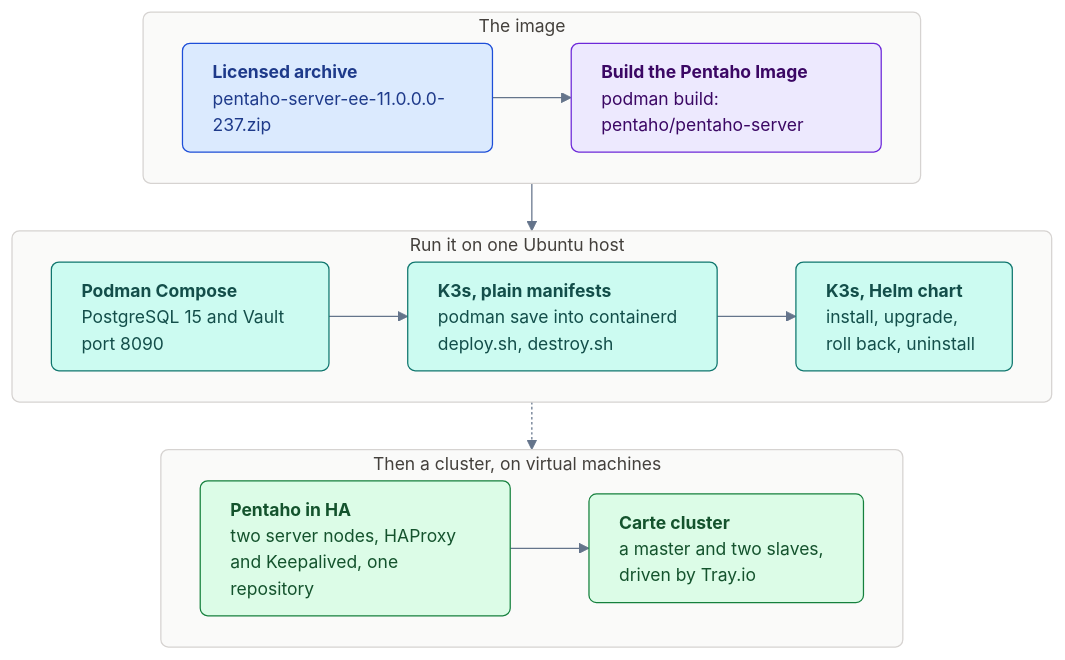
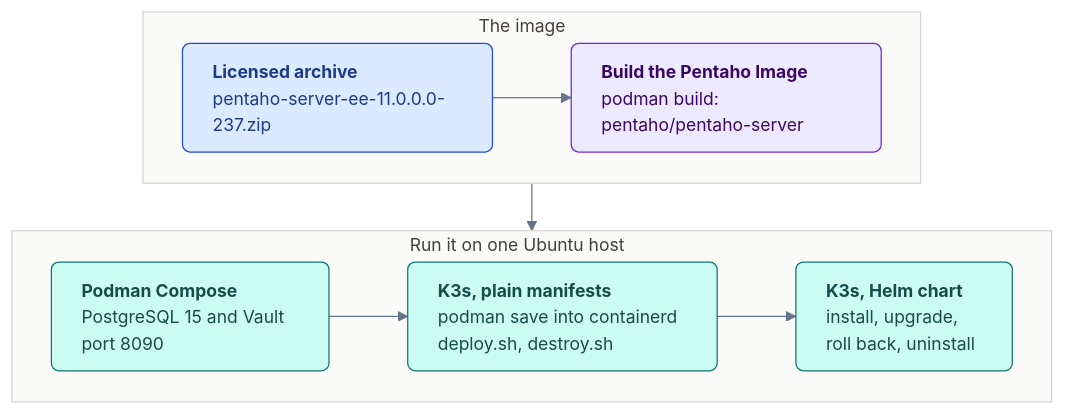
One commit to jporeilly/Pentaho-Courses changed the diagram in architect-con-specialty/_assets/diagrams/con-course-path.mmd. Above: the diagram before and after it, drawn with Mermaid. The commit also changed 35 other files, not shown here.

```diff
--- a/architect-con-specialty/_assets/diagrams/con-course-path.mmd
+++ b/architect-con-specialty/_assets/diagrams/con-course-path.mmd
@@ -1,30 +1,21 @@
 %%{init: {"theme":"base","themeVariables":{"fontFamily":"Segoe UI, Helvetica, Arial, sans-serif","fontSize":"14px","lineColor":"#64748b","clusterBkg":"#fafaf9","clusterBorder":"#d6d3d1","edgeLabelBackground":"#ffffff"},"flowchart":{"curve":"basis","nodeSpacing":30,"rankSpacing":38,"padding":12,"htmlLabels":true}}}%%
 flowchart TB
   classDef input fill:#dbeafe,stroke:#1d4ed8,color:#1e3a8a,text-align:left,rx:6,ry:6
   classDef build fill:#ede9fe,stroke:#6d28d9,color:#3b0764,text-align:left,rx:6,ry:6
   classDef run fill:#ccfbf1,stroke:#0f766e,color:#134e4a,text-align:left,rx:6,ry:6
-  classDef cluster fill:#dcfce7,stroke:#15803d,color:#14532d,text-align:left,rx:6,ry:6
   subgraph build ["The image&nbsp;&nbsp;&nbsp;&nbsp;"]
     direction LR
     Z["<b>Licensed archive</b>&nbsp;&nbsp;<br/>pentaho-server-ee-11.0.0.0-237.zip&nbsp;&nbsp;"]:::input
     I["<b>Build the Pentaho Image</b>&nbsp;&nbsp;&nbsp;&nbsp;<br/>podman build: pentaho/pentaho-server&nbsp;&nbsp;"]:::build
     Z --> I
   end
   subgraph host ["Run it on one Ubuntu host&nbsp;&nbsp;&nbsp;&nbsp;&nbsp;&nbsp;"]
     direction LR
     C["<b>Podman Compose</b>&nbsp;&nbsp;&nbsp;&nbsp;<br/>PostgreSQL 15 and Vault&nbsp;&nbsp;&nbsp;<br/>port 8090"]:::run
     K["<b>K3s, plain manifests</b>&nbsp;&nbsp;&nbsp;&nbsp;<br/>podman save into containerd&nbsp;&nbsp;<br/>deploy.sh, destroy.sh"]:::run
     H["<b>K3s, Helm chart</b>&nbsp;&nbsp;&nbsp;&nbsp;<br/>install, upgrade,&nbsp;&nbsp;<br/>roll back, uninstall"]:::run
     C --> K --> H
   end
-  subgraph vms ["Then a cluster, on virtual machines&nbsp;&nbsp;&nbsp;&nbsp;&nbsp;&nbsp;"]
-    direction LR
-    A["<b>Pentaho in HA</b>&nbsp;&nbsp;&nbsp;&nbsp;<br/>two server nodes, HAProxy&nbsp;&nbsp;<br/>and Keepalived, one repository&nbsp;&nbsp;"]:::cluster
-    T["<b>Carte cluster</b>&nbsp;&nbsp;&nbsp;&nbsp;<br/>a master and two slaves,&nbsp;&nbsp;<br/>driven by Tray.io"]:::cluster
-    A --> T
-  end
   build --> host
-  host -.-> vms
   style build fill:#fafaf9,stroke:#d6d3d1,color:#44403c
   style host fill:#fafaf9,stroke:#d6d3d1,color:#44403c
-  style vms fill:#fafaf9,stroke:#d6d3d1,color:#44403c
```
